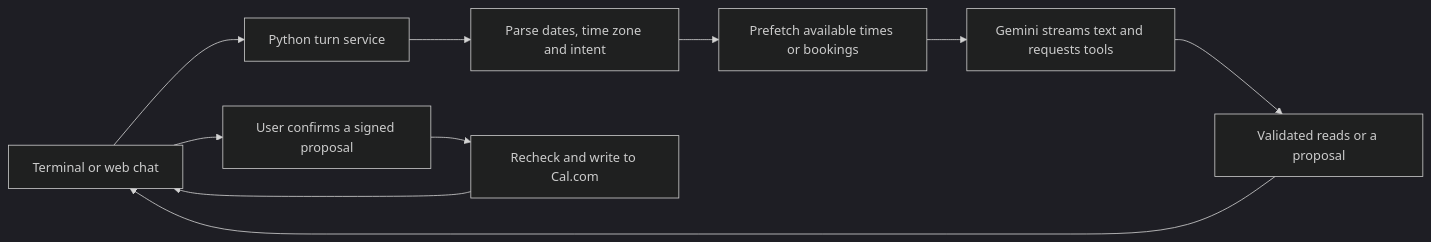
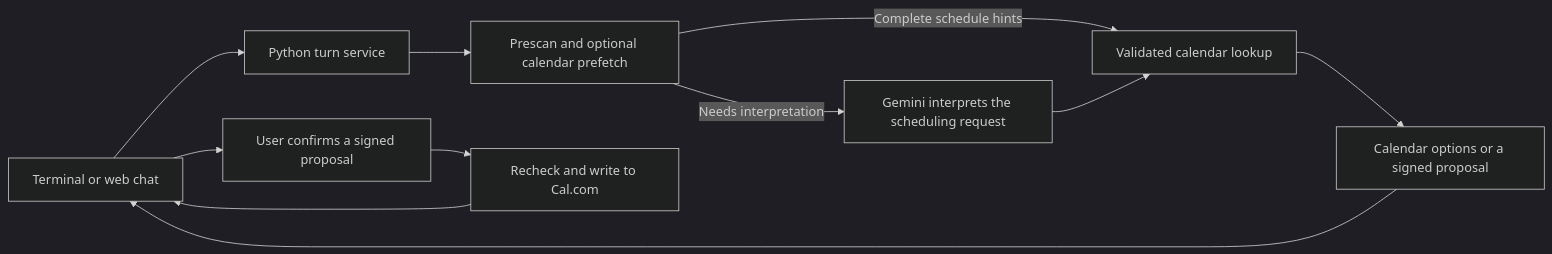
Before and after one commit to lycanyoushi/livex-scheduling-assistant: the diagram in README.md, drawn with Mermaid (dark theme). The commit also changed other lines of this file and 36 other files, not shown here.

Commit message:
Ground scheduling replies in checked calendar availability

````diff
--- a/README.md
+++ b/README.md
@@ -32,12 +32,13 @@
 ```mermaid
 flowchart LR
     A[Terminal or web chat] --> B[Python turn service]
-    B --> C[Parse dates, time zone and intent]
-    C --> D[Prefetch available times or bookings]
-    D --> E[Gemini streams text and requests tools]
-    E --> F[Validated reads or a proposal]
+    B --> C[Prescan and optional calendar prefetch]
+    C -->|Needs interpretation| D[Gemini interprets the scheduling request]
+    C -->|Complete schedule hints| E
+    D --> E[Validated calendar lookup]
+    E --> F[Calendar options or a signed proposal]
     F --> A
     A --> G[User confirms a signed proposal]
     G --> H[Recheck and write to Cal.com]
     H --> A
 ```
````
